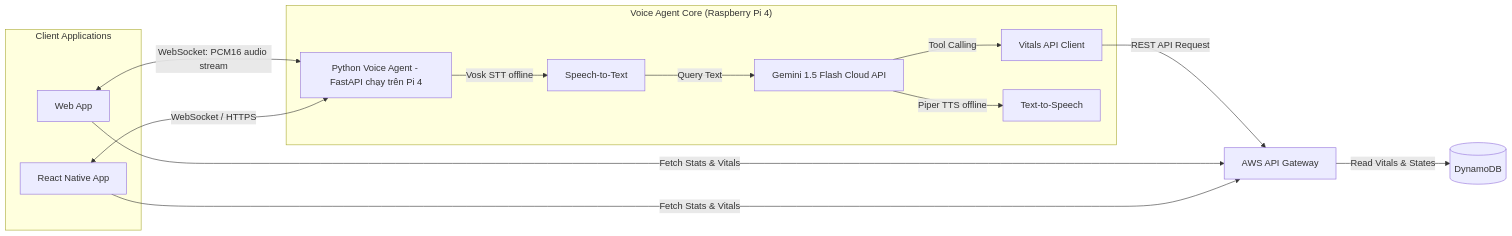
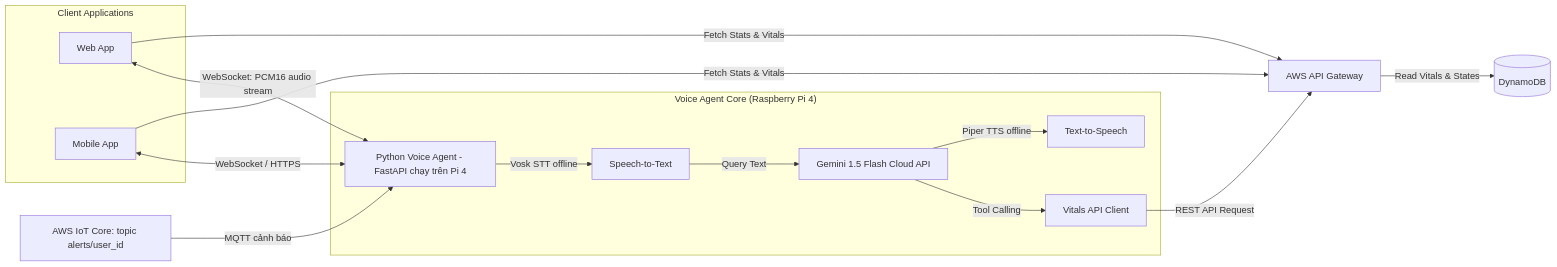
Before and after one commit to hdung274520/HCMUT-Project: the second of 2 diagrams in 03_Outputs/01_Pipeline.md, drawn with Mermaid. The commit also changed other lines of this file and 11 other files, not shown here.

````diff
--- a/03_Outputs/01_Pipeline.md
+++ b/03_Outputs/01_Pipeline.md
@@ -50,22 +55,23 @@
 ```mermaid
 graph LR
     subgraph Apps ["Client Applications"]
         Web[Web App]
-        Android[React Native App]
+        Mobile[Mobile App]
     end
 
     Web <-->|WebSocket: PCM16 audio stream| Agent[Python Voice Agent - FastAPI chạy trên Pi 4]
-    Android <-->|WebSocket / HTTPS| Agent
+    Mobile <-->|WebSocket / HTTPS| Agent
 
     subgraph Voice ["Voice Agent Core (Raspberry Pi 4)"]
         Agent -->|Vosk STT offline| STT[Speech-to-Text]
         STT -->|Query Text| LLM[Gemini 1.5 Flash Cloud API]
         LLM -->|Tool Calling| Tool[Vitals API Client]
         LLM -->|Piper TTS offline| TTS[Text-to-Speech]
     end
 
     Tool -->|REST API Request| IoT_API[AWS API Gateway]
     Web -->|Fetch Stats & Vitals| IoT_API
-    Android -->|Fetch Stats & Vitals| IoT_API
+    Mobile -->|Fetch Stats & Vitals| IoT_API
     IoT_API -->|Read Vitals & States| DB_Read[(DynamoDB)]
+    IoT_Alert[AWS IoT Core: topic alerts/user_id] -->|MQTT cảnh báo| Agent
 ```
````
